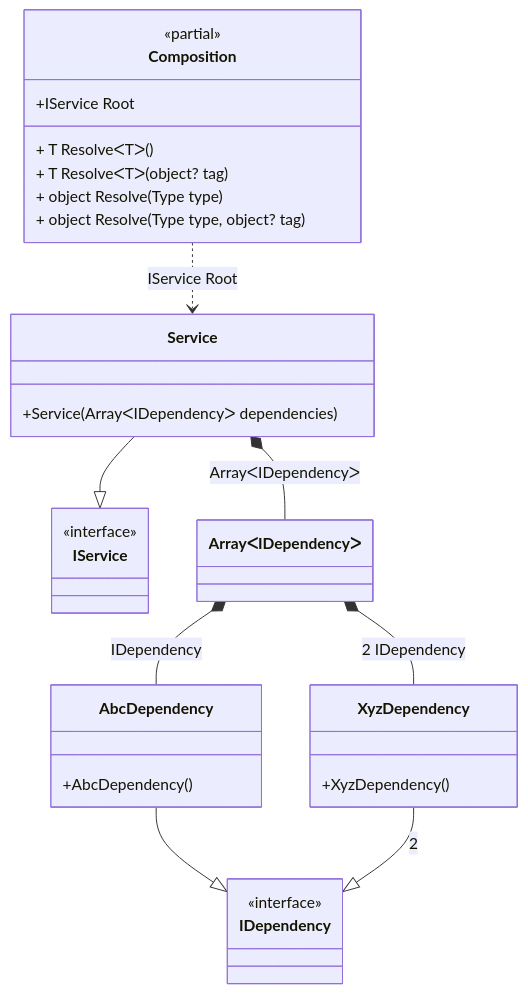
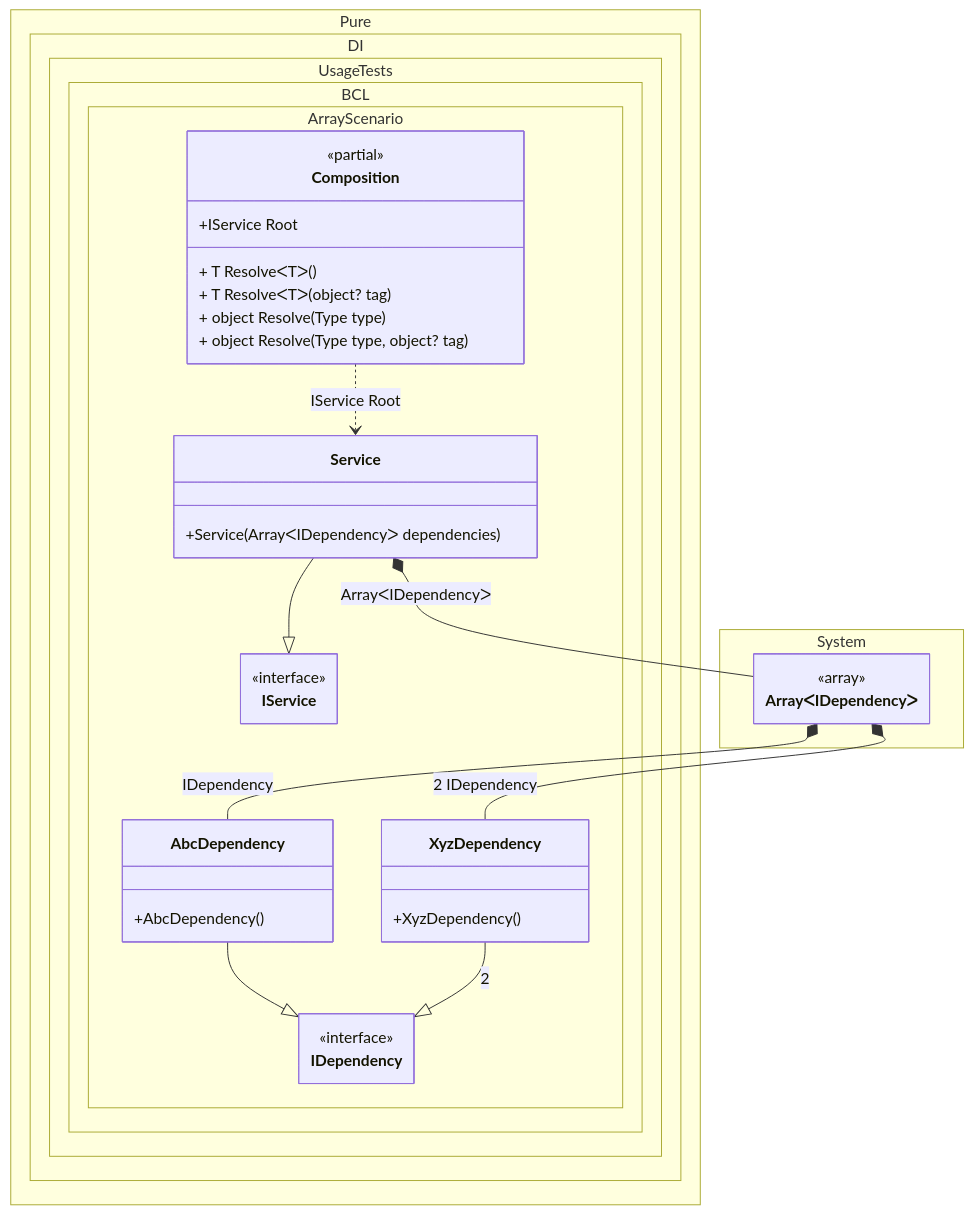
One commit to DevTeam/Pure.DI changed the diagram in readme/array.md. Above: the diagram before and after it, drawn with Mermaid. The commit also changed 103 other files, not shown here.

Commit message:
Improved class diagrams

````diff
--- a/readme/array.md
+++ b/readme/array.md
@@ -211,34 +211,45 @@
 ```mermaid
+---
+ config:
+  class:
+   hideEmptyMembersBox: true
+---
 classDiagram
-	class Composition {
+	Service --|> IService
+	AbcDependency --|> IDependency
+	XyzDependency --|> IDependency : 2 
+	Composition ..> Service : IService Root
+	Service *--  ArrayᐸIDependencyᐳ : ArrayᐸIDependencyᐳ
+	ArrayᐸIDependencyᐳ *--  AbcDependency : IDependency
+	ArrayᐸIDependencyᐳ *--  XyzDependency : 2  IDependency
+	namespace Pure.DI.UsageTests.BCL.ArrayScenario {
+		class AbcDependency {
+			+AbcDependency()
+		}
+		class Composition {
 		<<partial>>
 		+IService Root
 		+ T ResolveᐸTᐳ()
 		+ T ResolveᐸTᐳ(object? tag)
 		+ object Resolve(Type type)
 		+ object Resolve(Type type, object? tag)
+		}
+		class IDependency {
+			<<interface>>
+		}
+		class IService {
+			<<interface>>
+		}
+		class Service {
+			+Service(ArrayᐸIDependencyᐳ dependencies)
+		}
+		class XyzDependency {
+			+XyzDependency()
+		}
 	}
-	Service --|> IService
-	class Service {
-		+Service(ArrayᐸIDependencyᐳ dependencies)
+	namespace System {
+		class ArrayᐸIDependencyᐳ {
+				<<array>>
+		}
 	}
-	class ArrayᐸIDependencyᐳ
-	AbcDependency --|> IDependency
-	class AbcDependency {
-		+AbcDependency()
-	}
-	XyzDependency --|> IDependency : 2 
-	class XyzDependency {
-		+XyzDependency()
-	}
-	class IService {
-		<<interface>>
-	}
-	class IDependency {
-		<<interface>>
-	}
-	Composition ..> Service : IService Root
-	Service *--  ArrayᐸIDependencyᐳ : ArrayᐸIDependencyᐳ
-	ArrayᐸIDependencyᐳ *--  AbcDependency : IDependency
-	ArrayᐸIDependencyᐳ *--  XyzDependency : 2  IDependency
 ```
````
